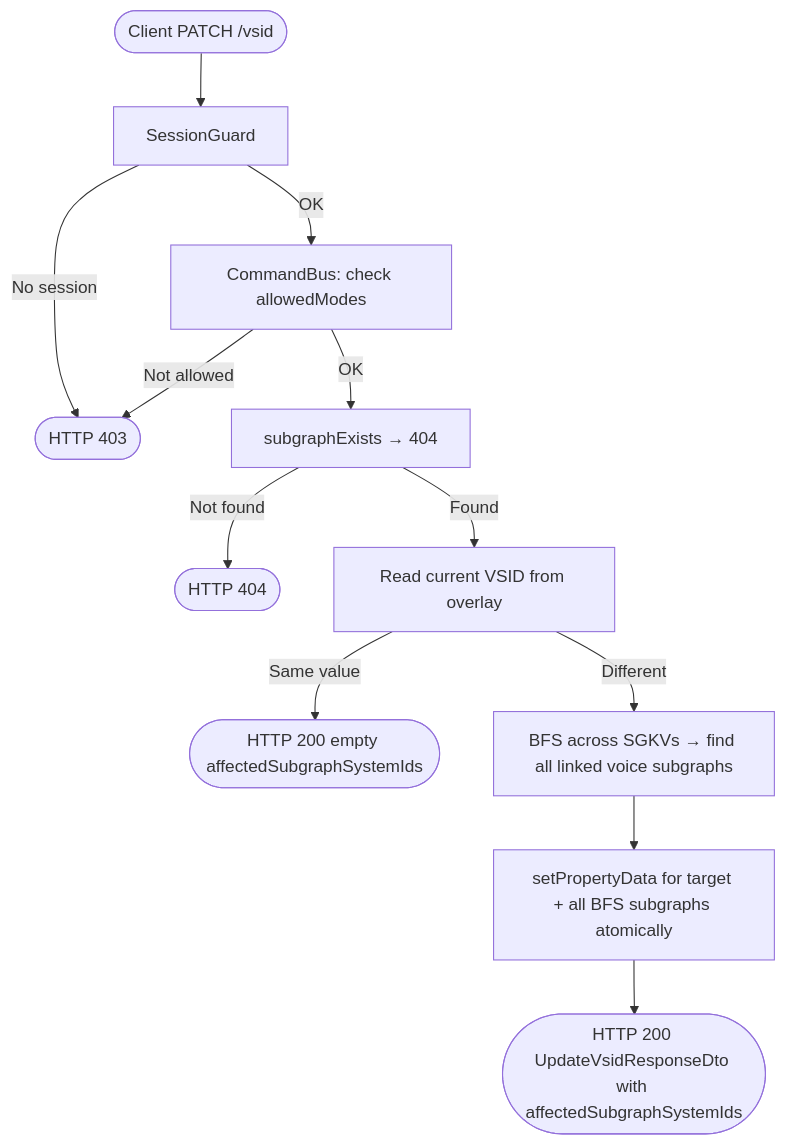
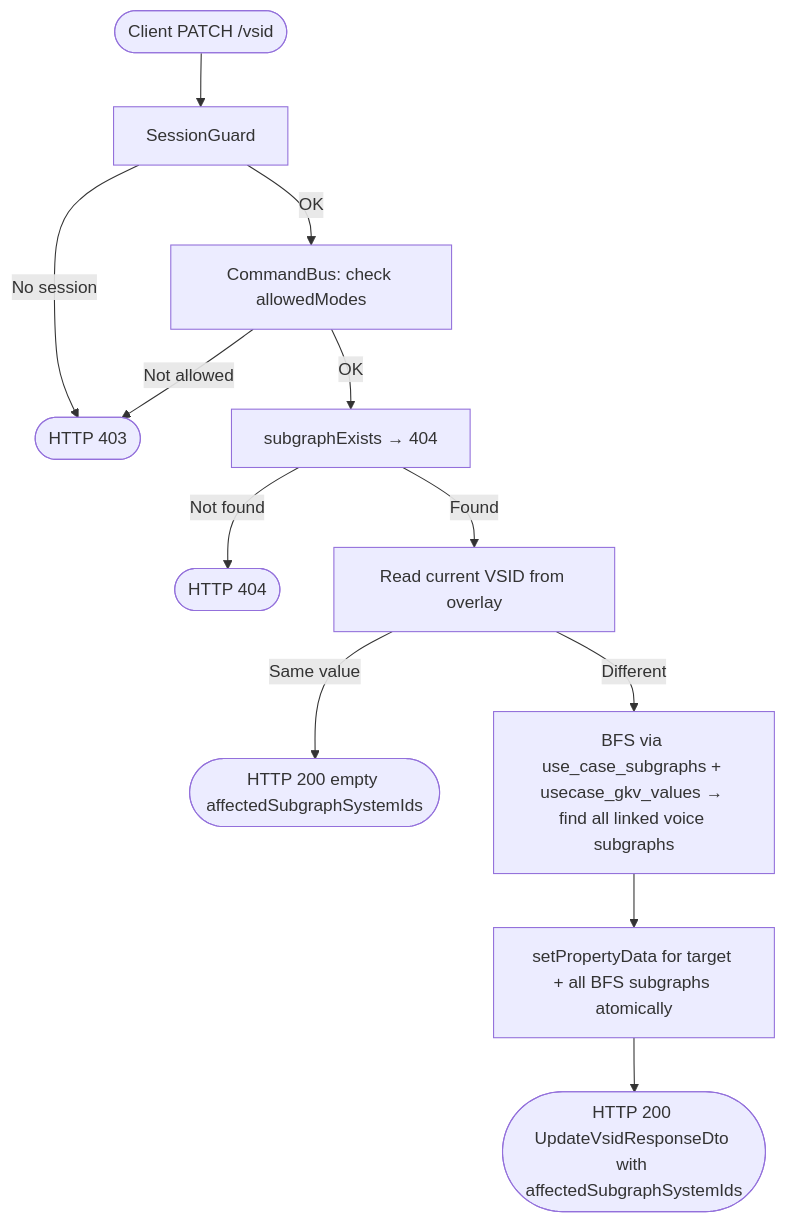
The third of 3 diagrams in docs/property-data/design/set-subgraph-property-design.md (AudioReach/audioreach-creator-backend), drawn with Mermaid before and after one commit. The commit also changed other lines of this file and 1 other file, not shown here.

````diff
--- a/docs/property-data/design/set-subgraph-property-design.md
+++ b/docs/property-data/design/set-subgraph-property-design.md
@@ -74,14 +185,14 @@
 ```mermaid
 flowchart TD
     A([Client PATCH /vsid]) --> B[SessionGuard]
     B -->|No session| C([HTTP 403])
     B -->|OK| D[CommandBus: check allowedModes]
     D -->|Not allowed| C
     D -->|OK| E[subgraphExists → 404]
     E -->|Not found| F([HTTP 404])
     E -->|Found| G[Read current VSID from overlay]
     G -->|Same value| H([HTTP 200 empty affectedSubgraphSystemIds])
-    G -->|Different| I[BFS across SGKVs → find all linked voice subgraphs]
+    G -->|Different| I[BFS via use_case_subgraphs + usecase_gkv_values → find all linked voice subgraphs]
     I --> J[setPropertyData for target + all BFS subgraphs atomically]
     J --> K([HTTP 200 UpdateVsidResponseDto with affectedSubgraphSystemIds])
 ```
````
